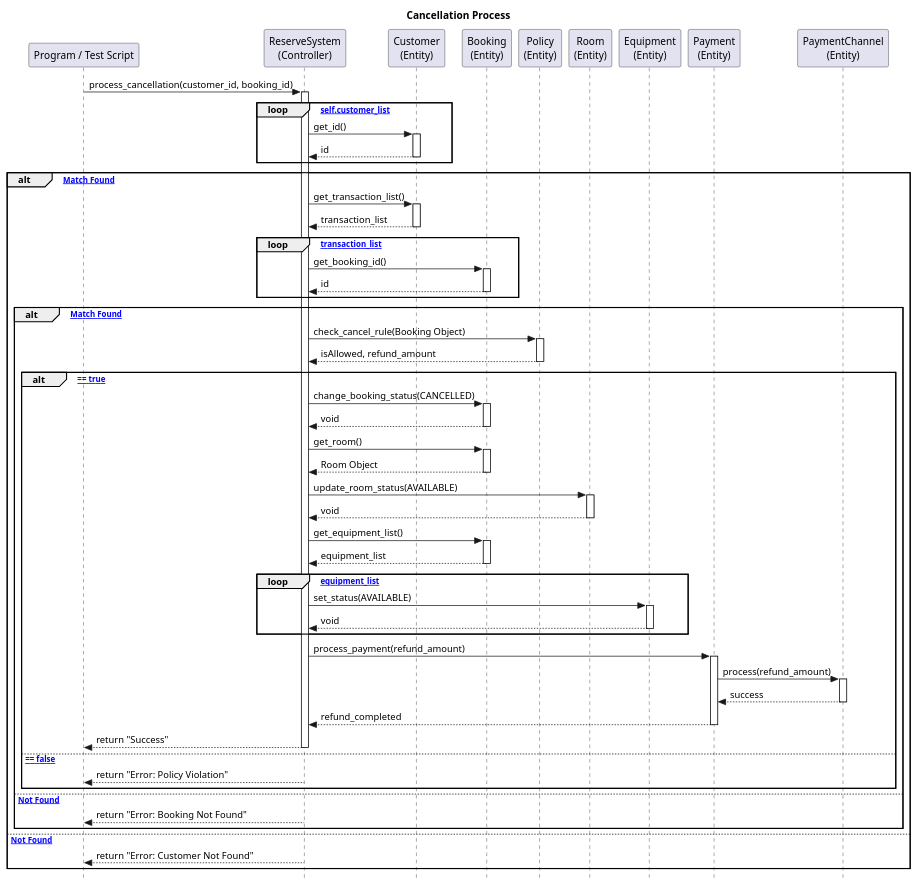
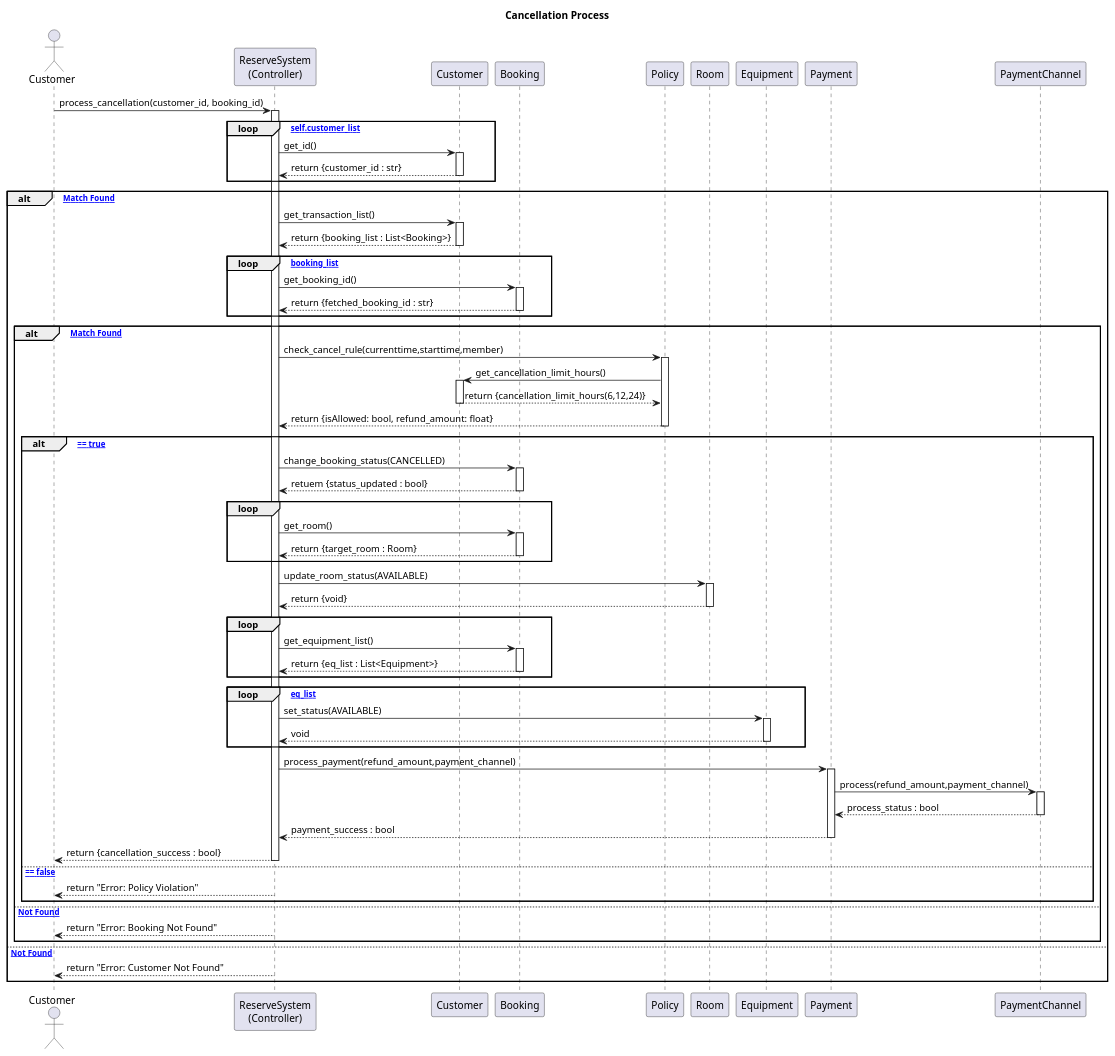
The diagram in diagram/sequence_diagram/cancel_booking.puml (pjngth998/RhythmReserve), drawn with PlantUML before and after one commit.

```diff
--- a/diagram/sequence_diagram/cancel_booking.puml
+++ b/diagram/sequence_diagram/cancel_booking.puml
@@ -1,77 +1,82 @@
 @startuml
-skinparam style strictuml
 autoactivate on
 
-participant "Program / Test Script" as Program
+actor "Customer" as Program
 participant "ReserveSystem\n(Controller)" as System
-participant "Customer\n(Entity)" as Customer
-participant "Booking\n(Entity)" as Booking
-participant "Policy\n(Entity)" as Policy
-participant "Room\n(Entity)" as Room
-participant "Equipment\n(Entity)" as Equipment
-participant "Payment\n(Entity)" as Payment
-participant "PaymentChannel\n(Entity)" as Channel
+participant "Customer" as Customer
+participant "Booking" as Booking
+participant "Policy" as Policy
+participant "Room" as Room
+participant "Equipment" as Equipment
+participant "Payment" as Payment
+participant "PaymentChannel" as Channel
 
 title Cancellation Process
 
 Program -> System : process_cancellation(customer_id, booking_id)
 
     loop [in self.customer_list]
         System -> Customer : get_id()
-        return id
+        Customer --> System : return {customer_id : str}
     end
 
     alt [Customer Match Found]
         
         System -> Customer : get_transaction_list()
-        return transaction_list
+        Customer --> System : return {booking_list : List<Booking>}
 
-        loop [in transaction_list]
+        loop [in booking_list]
             System -> Booking : get_booking_id()
-            return id
+            Booking --> System : return {fetched_booking_id : str}
         end
 
         alt [Booking Match Found]
             
-            System -> Policy : check_cancel_rule(Booking Object)
-            return isAllowed, refund_amount
+            System -> Policy : check_cancel_rule(currenttime,starttime,member)
+            Policy -> Customer : get_cancellation_limit_hours()
+            Customer --> Policy : return {cancellation_limit_hours(6,12,24)}
+            Policy --> System : return {isAllowed: bool, refund_amount: float}
 
             alt [isAllowed == true]
                 
                 System -> Booking : change_booking_status(CANCELLED)
-                return void
+                Booking --> System : retuem {status_updated : bool}
 
+                loop
                 System -> Booking : get_room()
-                return Room Object
-                
+                Booking --> System : return {target_room : Room}
+                end
+
                 System -> Room : update_room_status(AVAILABLE)
-                return void
+                Room --> System : return {void}
 
+                loop
                 System -> Booking : get_equipment_list()
-                return equipment_list
+                Booking --> System : return {eq_list : List<Equipment>}
+                end
 
-                loop [in equipment_list]
+                loop [in eq_list]
                     System -> Equipment : set_status(AVAILABLE)
                     return void
                 end
 
-                System -> Payment : process_payment(refund_amount)
-                    Payment -> Channel : process(refund_amount)
-                    return success
-                return refund_completed
+                System -> Payment : process_payment(refund_amount,payment_channel)
+                    Payment -> Channel : process(refund_amount,payment_channel)
+                    return process_status : bool
+                return payment_success : bool
                 
-                System --> Program : return "Success"
+                System --> Program : return {cancellation_success : bool}
 
             else [isAllowed == false]
                 System --> Program : return "Error: Policy Violation"
             end
 
         else [Booking Not Found]
             System --> Program : return "Error: Booking Not Found"
         end
 
     else [Customer Not Found]
         System --> Program : return "Error: Customer Not Found"
     end
 
 @enduml
```
